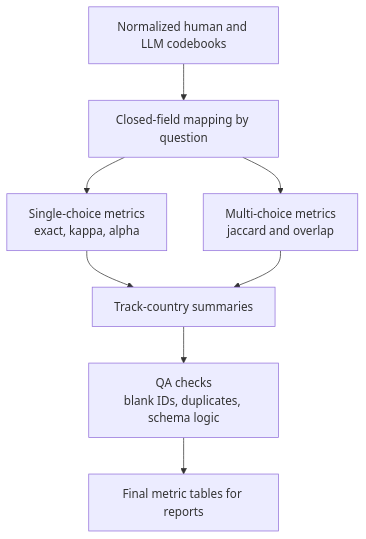
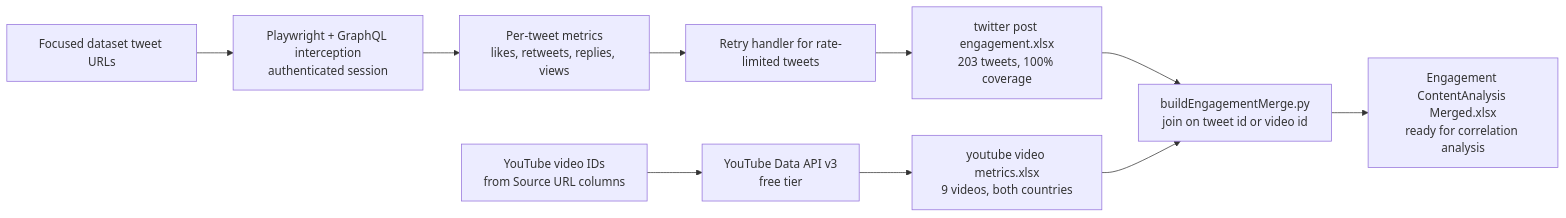
The fourth of 4 diagrams in README.md (sushildalavi/Gates-Manfluencer-Project), drawn with Mermaid before and after one commit. The commit also changed other lines of this file and 9 other files, not shown here.

Commit message:
update readme with engagement metrics, new visualizations, and repo structure

````diff
--- a/README.md
+++ b/README.md
@@ -105,10 +220,12 @@
 ```mermaid
-flowchart TD
-    A["Normalized human and LLM codebooks"] --> B["Closed-field mapping by question"]
-    B --> C["Single-choice metrics\nexact, kappa, alpha"]
-    B --> D["Multi-choice metrics\njaccard and overlap"]
-    C --> E["Track-country summaries"]
-    D --> E
-    E --> F["QA checks\nblank IDs, duplicates, schema logic"]
-    F --> G["Final metric tables for reports"]
+flowchart LR
+    A["Focused dataset tweet URLs"] --> B["Playwright + GraphQL interception\nauthenticated session"]
+    B --> C["Per-tweet metrics\nlikes, retweets, replies, views"]
+    C --> D["Retry handler for rate-limited tweets"]
+    D --> E["twitter post engagement.xlsx\n203 tweets, 100% coverage"]
+    F["YouTube video IDs\nfrom Source URL columns"] --> G["YouTube Data API v3\nfree tier"]
+    G --> H["youtube video metrics.xlsx\n9 videos, both countries"]
+    E --> I["buildEngagementMerge.py\njoin on tweet id or video id"]
+    H --> I
+    I --> J["Engagement ContentAnalysis Merged.xlsx\nready for correlation analysis"]
 ```
````
